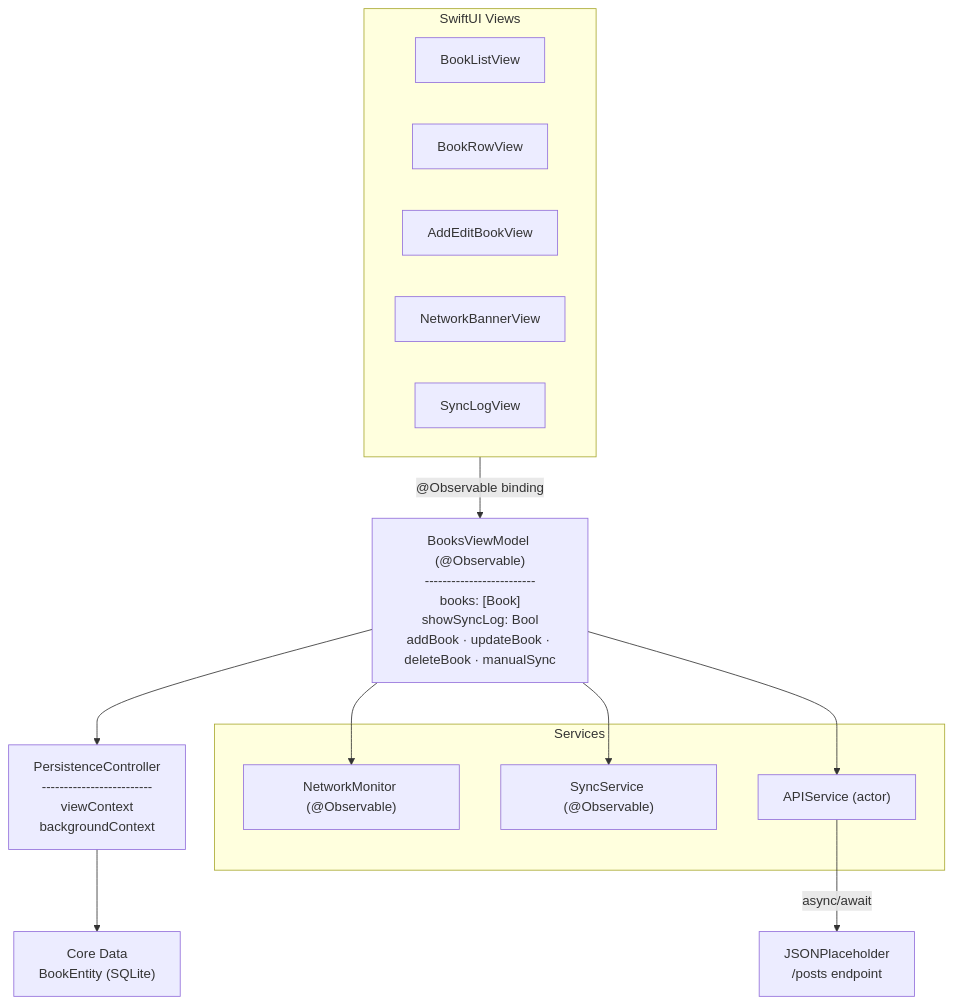
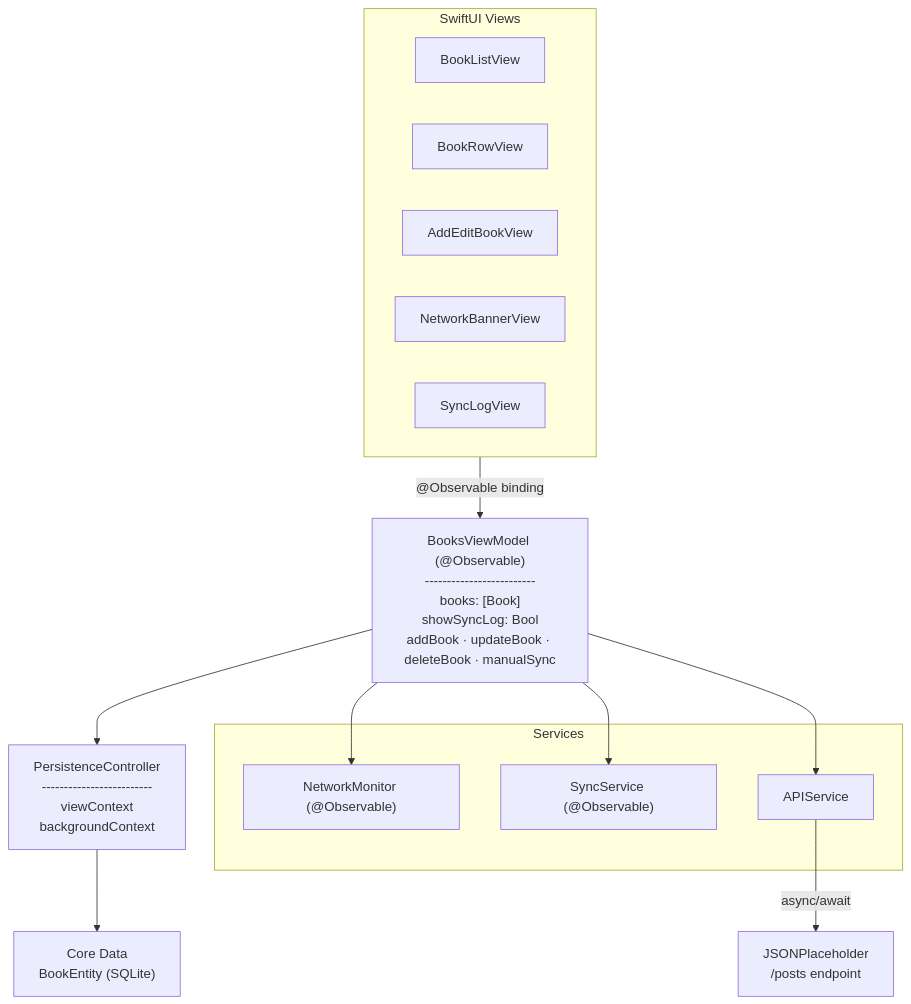
One commit to anastasija-cvetkovic/elfak-advanced-software-engineering changed the first of 4 diagrams in README.md. Above: the diagram before and after it, drawn with Mermaid. The commit also changed other lines of this file, not shown here.

````diff
--- a/README.md
+++ b/README.md
@@ -187,19 +189,19 @@
 ```mermaid
 flowchart TB
  subgraph VIEWS["SwiftUI Views"]
         V1["BookListView"]
         V2["BookRowView"]
         V3["AddEditBookView"]
         V4["NetworkBannerView"]
         V5["SyncLogView"]
   end
  subgraph SERVICES["Services"]
         S1["NetworkMonitor (@Observable)"]
         S2["SyncService (@Observable)"]
-        S3["APIService (actor)"]
+        S3["APIService"]
   end
     VIEWS -- @Observable binding --> VM["BooksViewModel (@Observable)<br>-------------------------<br>books: [Book]<br>showSyncLog: Bool<br>addBook · updateBook · deleteBook · manualSync"]
     VM --> PC["PersistenceController<br>-------------------------<br>viewContext<br>backgroundContext"] & S1 & S2 & S3
     PC --> CD["Core Data<br>BookEntity (SQLite)"]
     S3 -- async/await --> API["JSONPlaceholder<br>/posts endpoint"]
 ```
````
